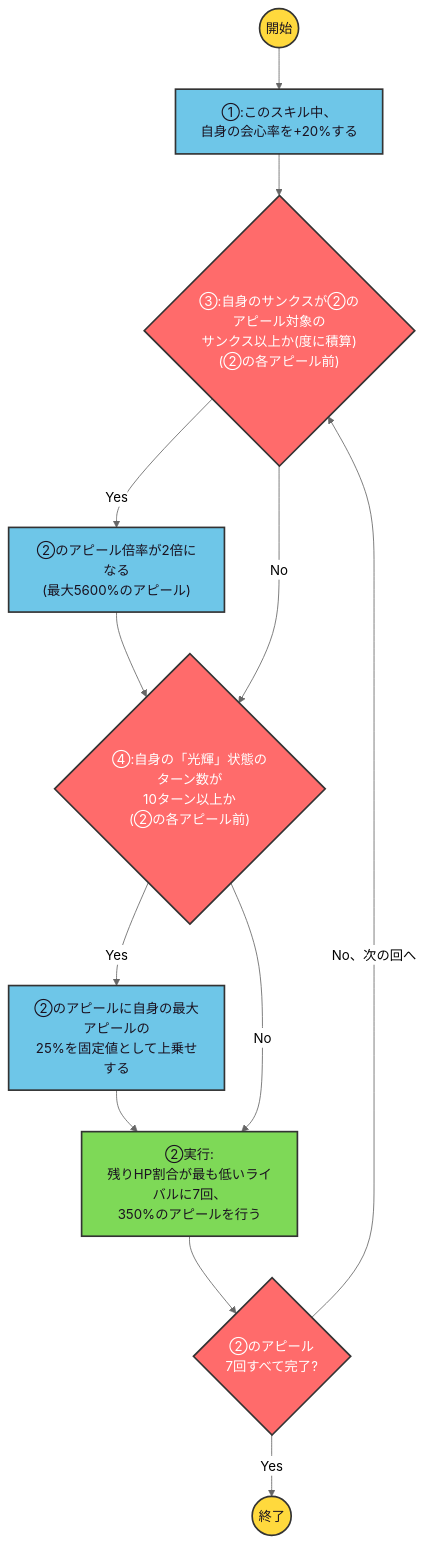
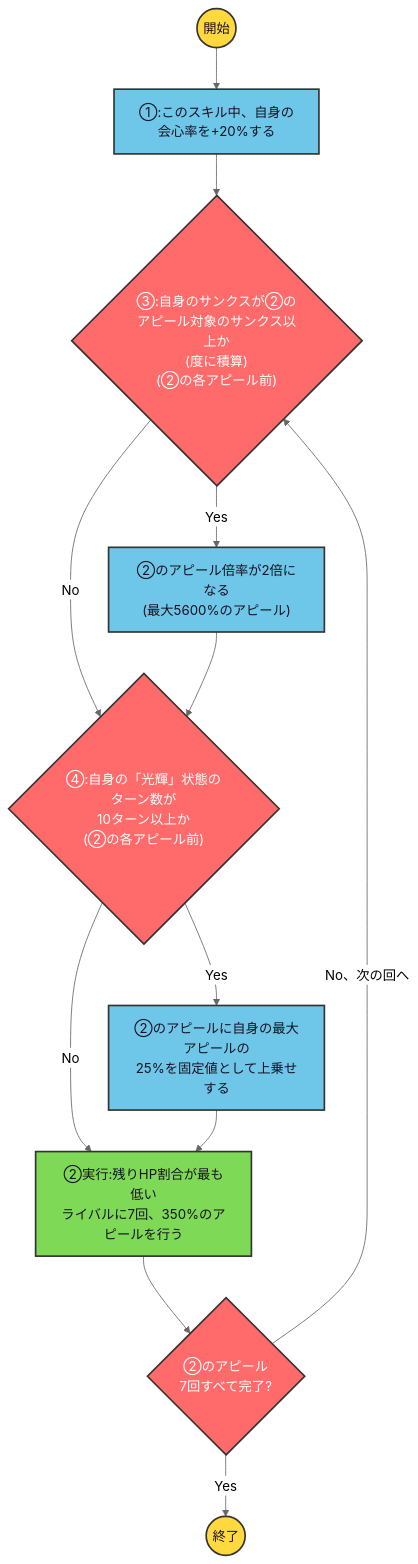
One commit to ryomochi0918/nogifra-characters changed the diagram in data/umezawa_minami/samenumbers_skill2.mmd. Above: the diagram before and after it, drawn with Mermaid (neutral theme). The commit also changed 763 other files, not shown here.

```diff
--- a/data/umezawa_minami/samenumbers_skill2.mmd
+++ b/data/umezawa_minami/samenumbers_skill2.mmd
@@ -1,17 +1,17 @@
 flowchart TD
     classDef startend fill:#FFD93D,stroke:#333,stroke-width:2px,color:#1a1220;
     classDef cond fill:#FF6B6B,stroke:#333,stroke-width:2px,color:#ffffff;
     classDef effect fill:#6EC6E8,stroke:#333,stroke-width:2px,color:#1a1220;
     classDef action fill:#7ED957,stroke:#333,stroke-width:2px,color:#1a1220;
 
-    start(("開始")):::startend --> e1["①:このスキル中、<br/>自身の会心率を+20%する"]:::effect --> c3
-    c3{"③:自身のサンクスが②のアピール対象の<br/>サンクス以上か(度に積算)<br/>(②の各アピール前)"}:::cond
-    c3 -->|"Yes"| e3["②のアピール倍率が2倍になる<br/>(最大5600%のアピール)"]:::effect --> c4
-    c3 -->|"No"| c4
-    c4{"④:自身の「光輝」状態のターン数が<br/>10ターン以上か<br/>(②の各アピール前)"}:::cond
-    c4 -->|"Yes"| e4["②のアピールに自身の最大アピールの<br/>25%を固定値として上乗せする"]:::effect --> a2
-    c4 -->|"No"| a2
-    a2["②実行:<br/>残りHP割合が最も低いライバルに7回、<br/>350%のアピールを行う"]:::action --> lc2
-    lc2{"②のアピール<br/>7回すべて完了?"}:::cond
+    start(("開始")):::startend --> e1["①:このスキル中、自身の<br/>会心率を+20%する"]:::effect
+    e1 --> c3{"③:自身のサンクスが②の<br/>アピール対象のサンクス以上か<br/>(度に積算)<br/>(②の各アピール前)"}:::cond
+    c3 -->|"Yes"| e3["②のアピール倍率が2倍になる<br/>(最大5600%のアピール)"]:::effect
+    c3 -->|"No"| c4{"④:自身の「光輝」状態のターン数が<br/>10ターン以上か<br/>(②の各アピール前)"}:::cond
+    e3 --> c4
+    c4 -->|"Yes"| e4["②のアピールに自身の最大アピールの<br/>25%を固定値として上乗せする"]:::effect
+    c4 -->|"No"| a2["②実行:残りHP割合が最も低い<br/>ライバルに7回、350%のアピールを行う"]:::action
+    e4 --> a2
+    a2 --> lc2{"②のアピール<br/>7回すべて完了?"}:::cond
+    lc2 -->|"Yes"| finish(("終了")):::startend
     lc2 -->|"No、次の回へ"| c3
-    lc2 -->|"Yes"| finish(("終了")):::startend
```
